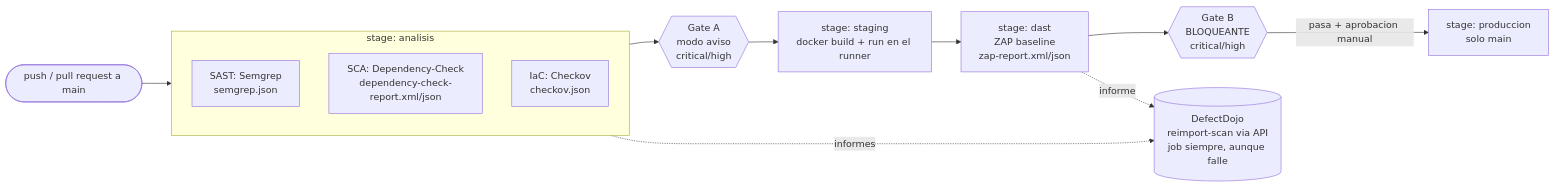
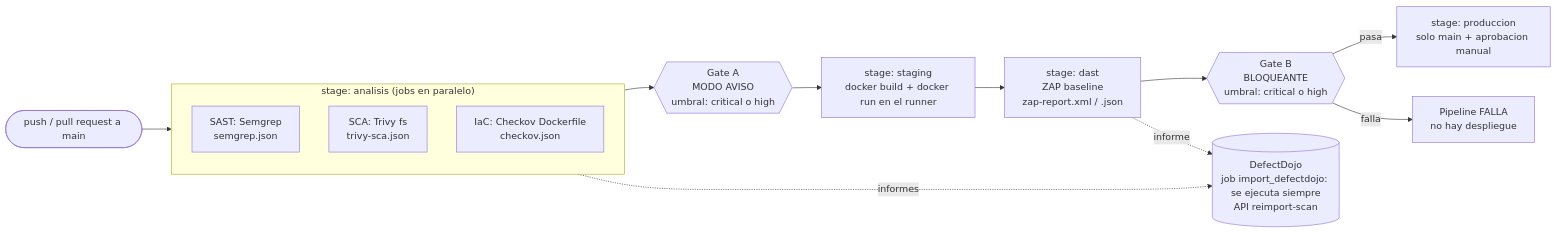
One commit to by6km/PAI_4 changed the diagram in docs/diagrama-pipeline.mmd. Above: the diagram before and after it, drawn with Mermaid. The commit also changed 3 other files, not shown here.

Commit message:
cambio diagramas

```diff
--- a/docs/diagrama-pipeline.mmd
+++ b/docs/diagrama-pipeline.mmd
@@ -1,16 +1,17 @@
 flowchart LR
-  T([push / pull request a main]) --> S1
-  subgraph S1[stage: analisis]
+  T(["push / pull request a main"]) --> S1
+  subgraph S1["stage: analisis (jobs en paralelo)"]
     direction TB
-    SAST[SAST: Semgrep<br/>semgrep.json]
-    SCA[SCA: Dependency-Check<br/>dependency-check-report.xml/json]
-    IAC[IaC: Checkov<br/>checkov.json]
+    SAST["SAST: Semgrep<br/>semgrep.json"]
+    SCA["SCA: Trivy fs<br/>trivy-sca.json"]
+    IAC["IaC: Checkov Dockerfile<br/>checkov.json"]
   end
-  S1 --> GA{{Gate A<br/>modo aviso<br/>critical/high}}
-  GA --> ST[stage: staging<br/>docker build + run en el runner]
-  ST --> DAST[stage: dast<br/>ZAP baseline<br/>zap-report.xml/json]
-  DAST --> GB{{Gate B<br/>BLOQUEANTE<br/>critical/high}}
-  GB -->|pasa + aprobacion manual| PROD[stage: produccion<br/>solo main]
-  S1 -. informes .-> DD
-  DAST -. informe .-> DD
-  DD[(DefectDojo<br/>reimport-scan via API<br/>job siempre, aunque falle)]
+  S1 --> GA{{"Gate A<br/>MODO AVISO<br/>umbral: critical o high"}}
+  GA --> ST["stage: staging<br/>docker build + docker run en el runner"]
+  ST --> DAST["stage: dast<br/>ZAP baseline<br/>zap-report.xml / .json"]
+  DAST --> GB{{"Gate B<br/>BLOQUEANTE<br/>umbral: critical o high"}}
+  GB -->|"pasa"| PROD["stage: produccion<br/>solo main + aprobacion manual"]
+  GB -->|"falla"| STOP["Pipeline FALLA<br/>no hay despliegue"]
+  S1 -. "informes" .-> DD
+  DAST -. "informe" .-> DD
+  DD[("DefectDojo<br/>job import_defectdojo: se ejecuta siempre<br/>API reimport-scan")]
```
